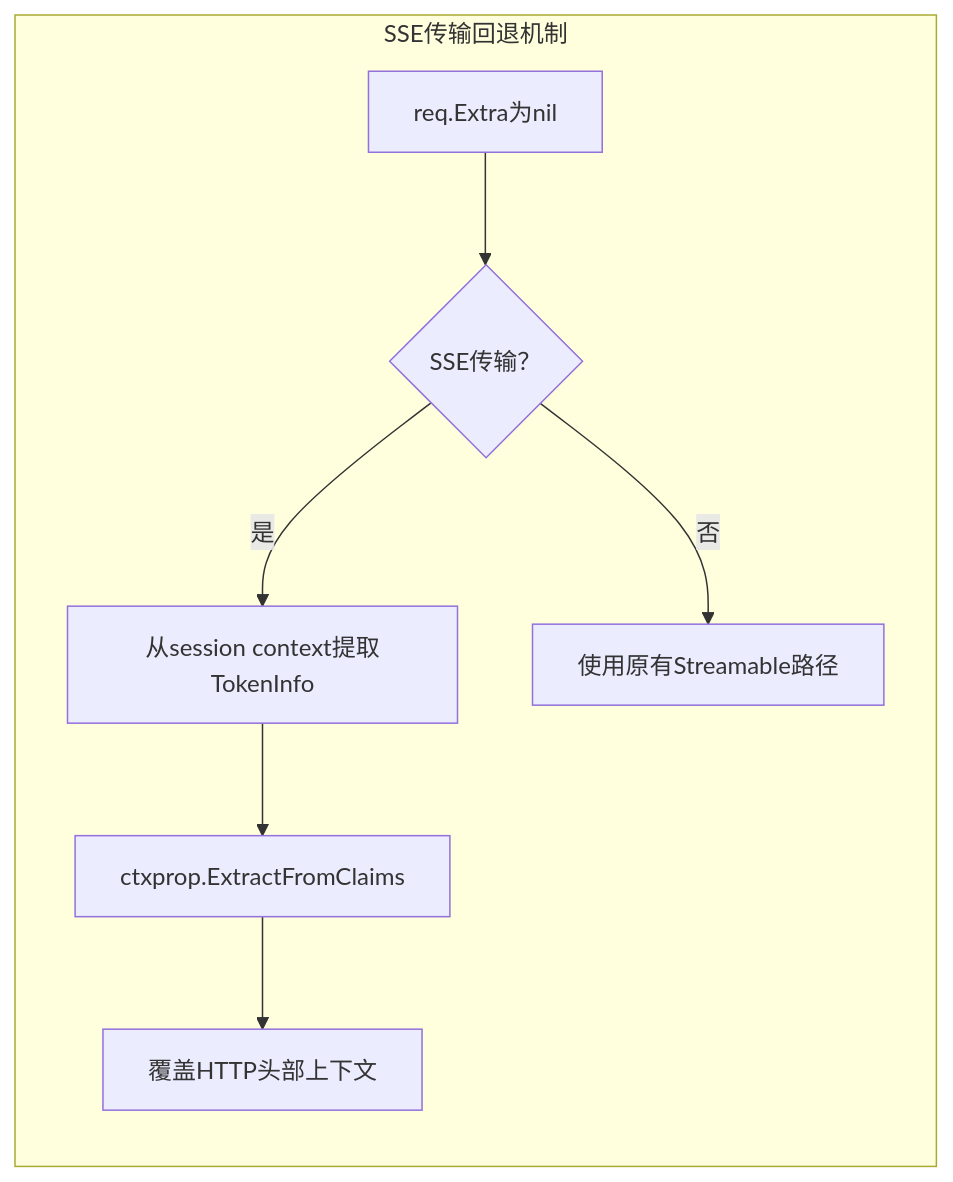
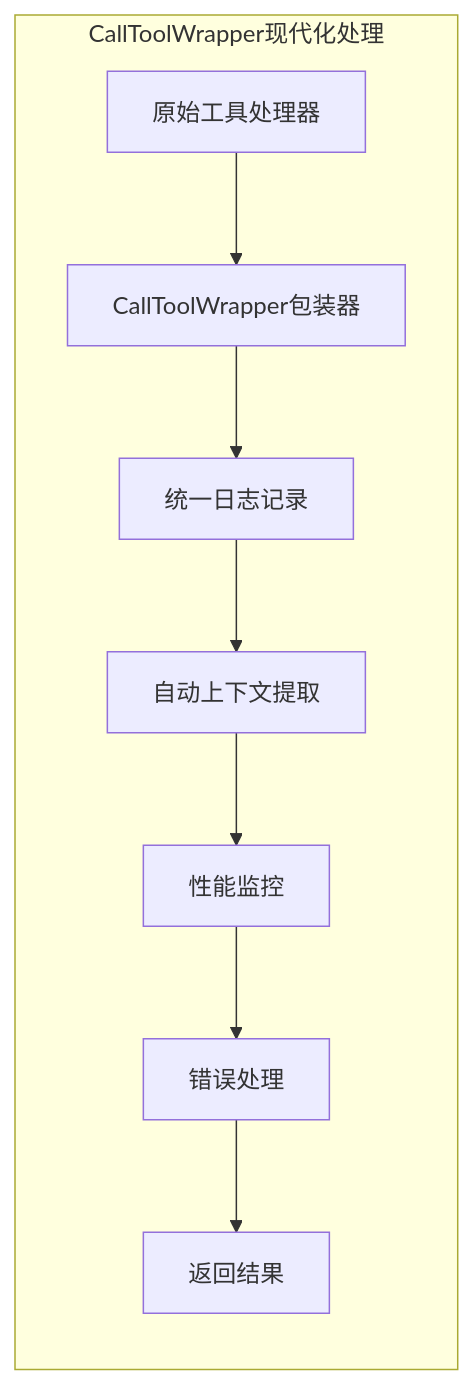
One commit to maomao94/zero-service changed the eighth of 17 diagrams in .qoder/repowiki/zh/content/AI应用模块/MCP服务器.md. Above: the diagram before and after it, drawn with Mermaid. The commit also changed other lines of this file and 25 other files, not shown here.

````diff
--- a/.qoder/repowiki/zh/content/AI应用模块/MCP服务器.md
+++ b/.qoder/repowiki/zh/content/AI应用模块/MCP服务器.md
@@ -410,10 +414,11 @@
 ```mermaid
 graph LR
-subgraph "SSE传输回退机制"
-A["req.Extra为nil"] --> B{"SSE传输？"}
-B --> |是| C["从session context提取TokenInfo"]
-C --> D["ctxprop.ExtractFromClaims"]
-D --> E["覆盖HTTP头部上下文"]
-B --> |否| F["使用原有Streamable路径"]
+subgraph "CallToolWrapper现代化处理"
+A["原始工具处理器"] --> B["CallToolWrapper包装器"]
+B --> C["统一日志记录"]
+C --> D["自动上下文提取"]
+D --> E["性能监控"]
+E --> F["错误处理"]
+F --> G["返回结果"]
 end
 ```
````
